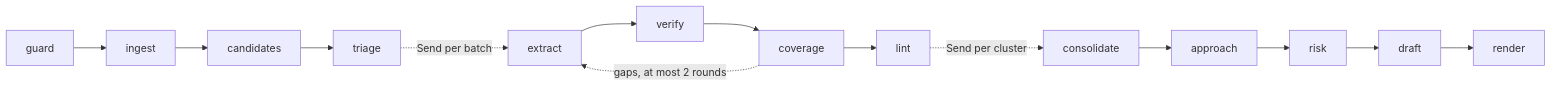
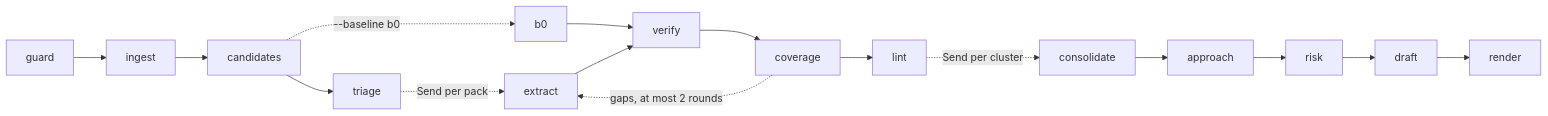
The diagram in docs/designs/iteration-1.md (chouaibhoues-code/bidwright-rfp-agent), drawn with Mermaid before and after one commit. The commit also changed other lines of this file and 3 other files, not shown here.

````diff
--- a/docs/designs/iteration-1.md
+++ b/docs/designs/iteration-1.md
@@ -43,10 +44,11 @@
 ```mermaid
 flowchart LR
     guard --> ingest --> candidates --> triage
-    triage -. "Send per batch" .-> extract
+    candidates -. "--baseline b0" .-> b0 --> verify
+    triage -. "Send per pack" .-> extract
     extract --> verify --> coverage
     coverage -. "gaps, at most 2 rounds" .-> extract
     coverage --> lint
     lint -. "Send per cluster" .-> consolidate
     consolidate --> approach --> risk --> draft --> render
 ```
````
